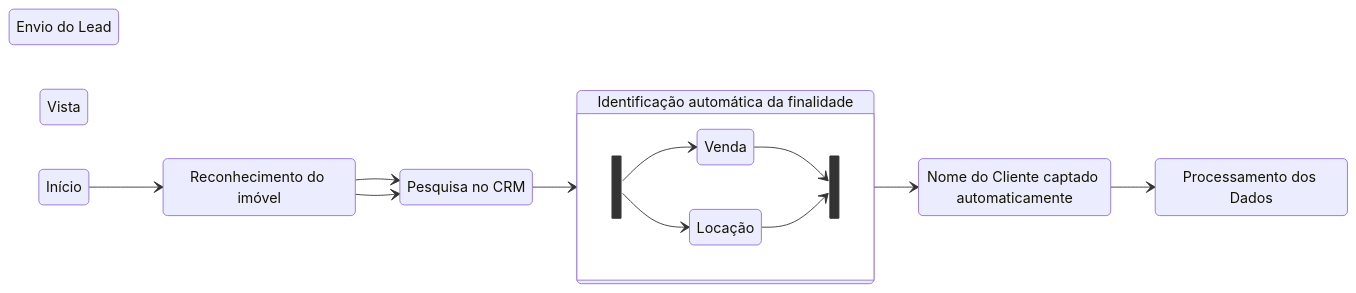
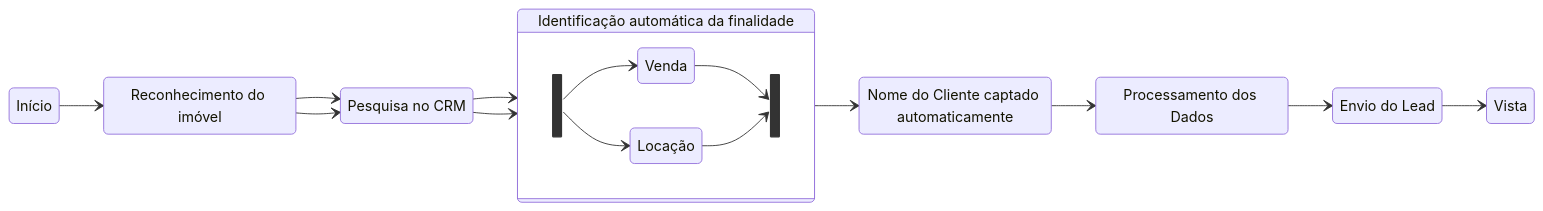
The second of 2 diagrams in readme.md (pepeleascov/cmsouza), drawn with Mermaid before and after one commit.

````diff
--- a/readme.md
+++ b/readme.md
@@ -163,30 +163,33 @@
 ```mermaid
 stateDiagram
     1: Reconhecimento do imóvel
     2: Pesquisa no CRM
     3: Identificação automática da finalidade
     v: Venda
     l: Locação
     4: Nome do Cliente captado automaticamente
     5: Processamento dos Dados
     6: Envio do Lead
     7: Vista
     direction LR
     
     Início --> 1
     1 --> 2
+    2 --> 3
     state 3 {
     state fork_state <<fork>>
     direction LR
         fork_state
         fork_state --> v
         fork_state --> l
     state join_state <<join>>
     v --> join_state
     l --> join_state
     }
     1 --> 2
     2 --> 3
     3 --> 4
     4 --> 5
+    5 --> 6
+    6 --> 7
 ```
````
